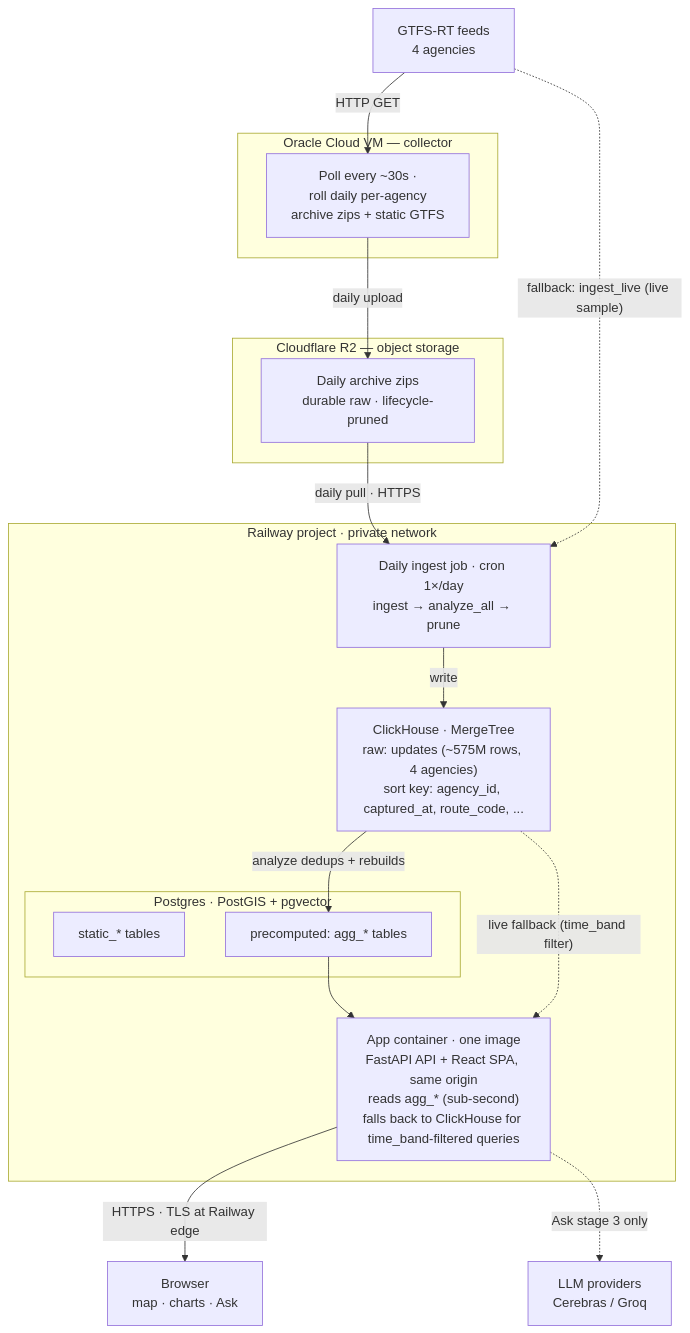
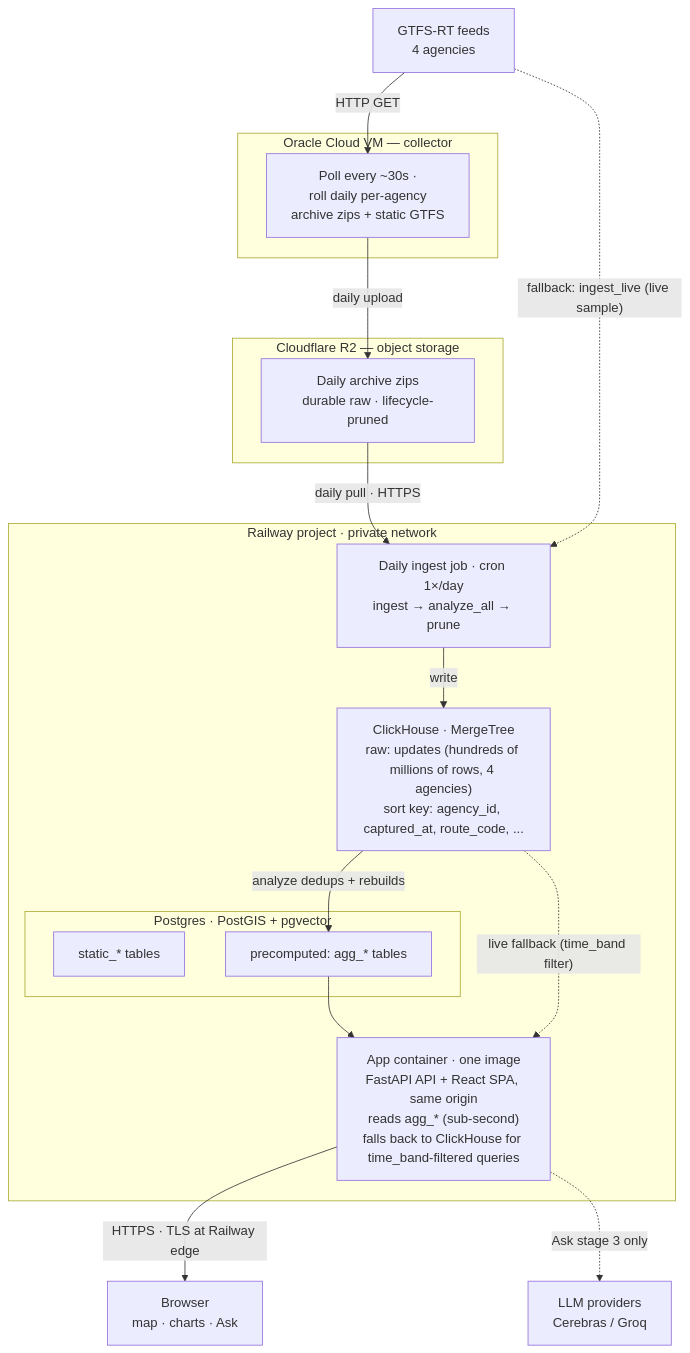
One commit to TripAndCode/transit-app changed the diagram in README.md. Above: the diagram before and after it, drawn with Mermaid. The commit also changed other lines of this file and 43 other files, not shown here.

````diff
--- a/README.md
+++ b/README.md
@@ -513,36 +514,36 @@
 ```mermaid
 flowchart TD
     feeds["GTFS-RT feeds<br/>4 agencies"]
 
     subgraph ORACLE["Oracle Cloud VM — collector"]
         collect["Poll every ~30s ·<br/>roll daily per-agency<br/>archive zips + static GTFS"]
     end
 
     subgraph R2["Cloudflare R2 — object storage"]
         bucket["Daily archive zips<br/>durable raw · lifecycle-pruned"]
     end
 
     subgraph RAILWAY["Railway project · private network"]
         job["Daily ingest job · cron 1×/day<br/>ingest → analyze_all → prune"]
-        ch["ClickHouse · MergeTree<br/>raw: updates (~575M rows, 4 agencies)<br/>sort key: agency_id, captured_at, route_code, ..."]
+        ch["ClickHouse · MergeTree<br/>raw: updates (hundreds of millions of rows, 4 agencies)<br/>sort key: agency_id, captured_at, route_code, ..."]
         subgraph DB["Postgres · PostGIS + pgvector"]
             static["static_* tables"]
             agg["precomputed: agg_* tables"]
         end
         app["App container · one image<br/>FastAPI API + React SPA, same origin<br/>reads agg_* (sub-second)<br/>falls back to ClickHouse for time_band-filtered queries"]
     end
 
     LLM["LLM providers<br/>Cerebras / Groq"]
     user["Browser<br/>map · charts · Ask"]
 
     feeds -->|HTTP GET| collect
     collect -->|daily upload| bucket
     bucket -->|daily pull · HTTPS| job
     feeds -.->|"fallback: ingest_live (live sample)"| job
     job -->|write| ch
     ch -->|analyze dedups + rebuilds| agg
     agg --> app
     ch -.->|"live fallback (time_band filter)"| app
     app -->|HTTPS · TLS at Railway edge| user
     app -.->|Ask stage 3 only| LLM
 ```
````
